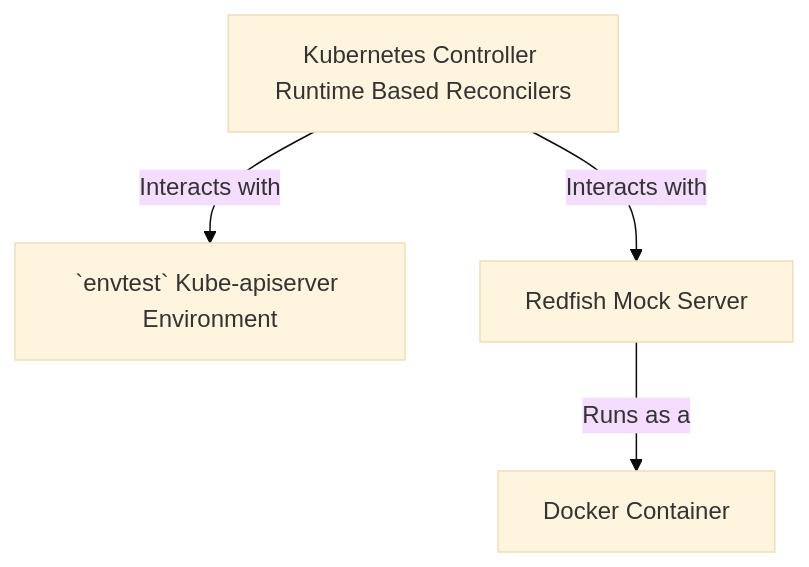
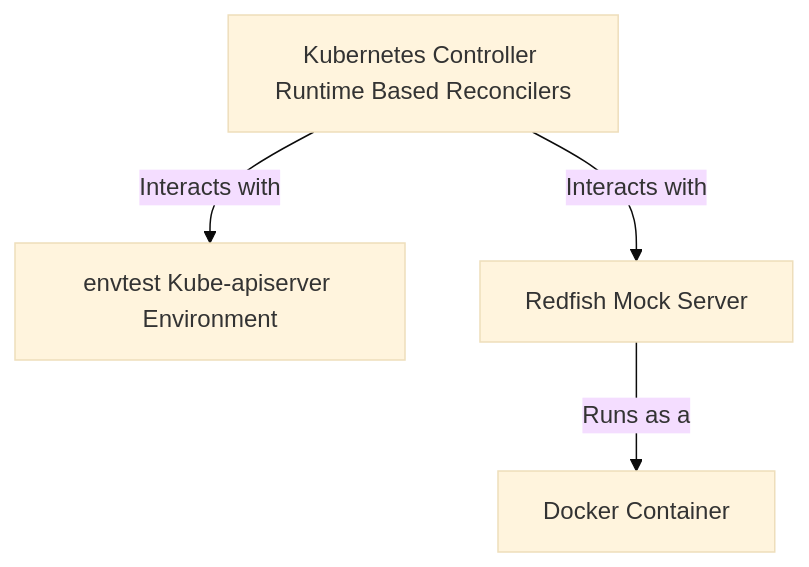
The diagram in docs/development/dev_setup.md (ironcore-dev/metal-operator), drawn with Mermaid (base theme) before and after one commit.

Commit message:
Fix dev setup documentation

````diff
--- a/docs/development/dev_setup.md
+++ b/docs/development/dev_setup.md
@@ -15,6 +15,6 @@
 ```mermaid
 graph TD
-    A[Kubernetes Controller Runtime Based Reconcilers] -->|Interacts with| B[`envtest` Kube-apiserver Environment]
+    A[Kubernetes Controller Runtime Based Reconcilers] -->|Interacts with| B[envtest Kube-apiserver Environment]
     A -->|Interacts with| C[Redfish Mock Server]
     C -->|Runs as a| D[Docker Container]
 ```
````
